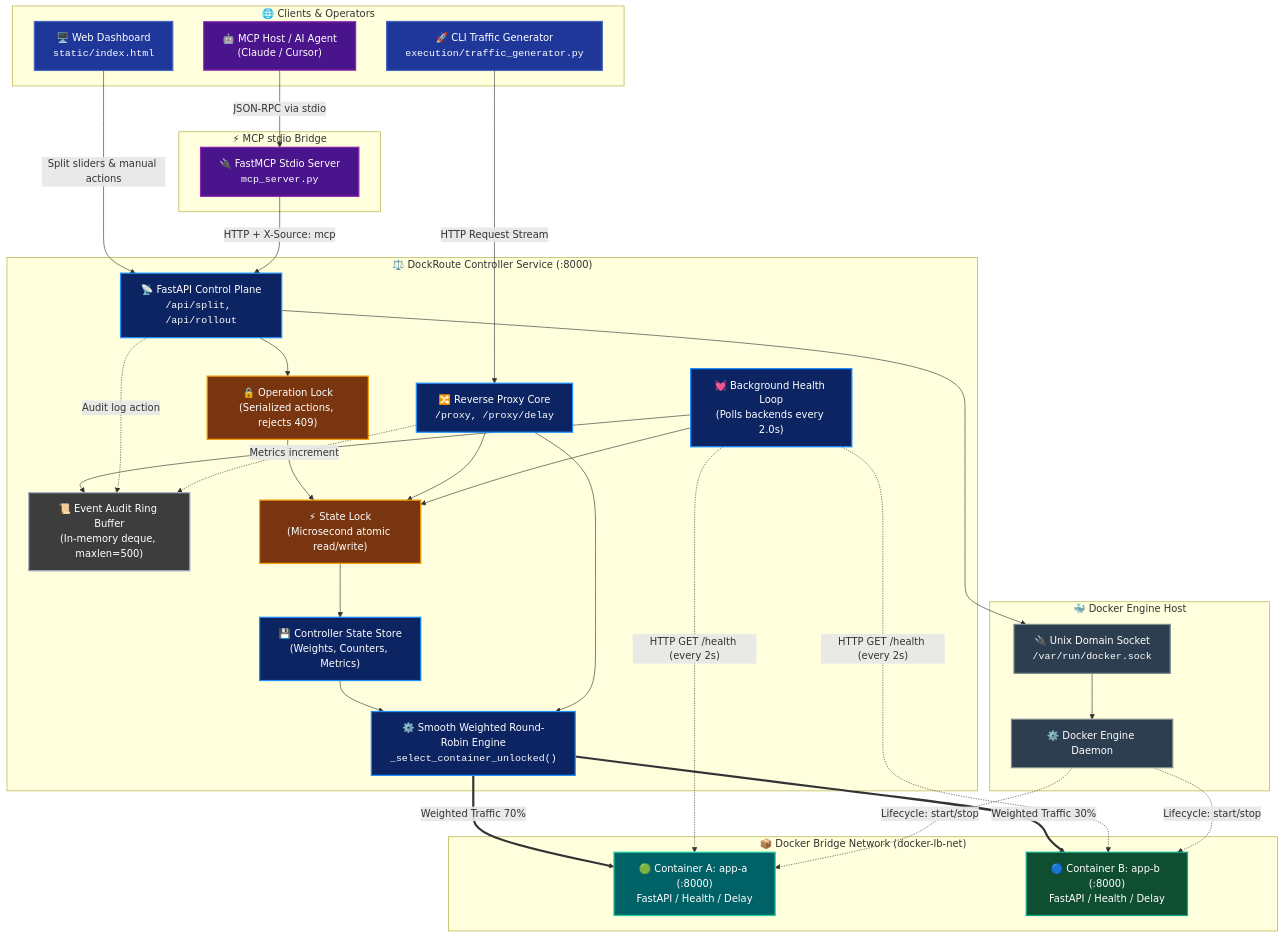
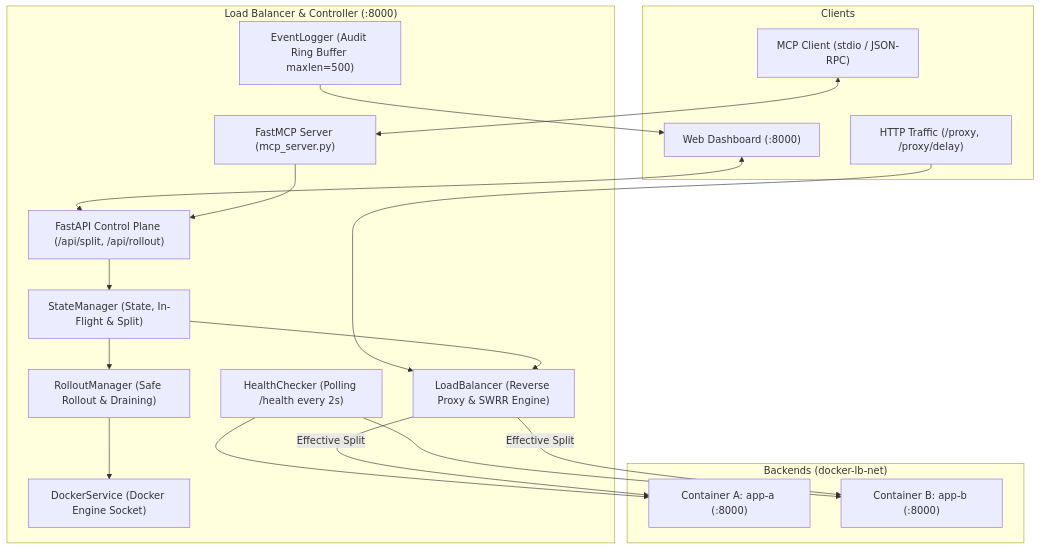
Before and after one commit to ViditMahajan/Docker-Load-Balancer-with-MCP-Controls: the first of 3 diagrams in README.md, drawn with Mermaid. The commit also changed 1 other file, not shown here.

Commit message:
docs: streamline architecture flowchart to clean 3-subgraph layout matching reference format

````diff
--- a/README.md
+++ b/README.md
@@ -50,72 +50,38 @@
 ```mermaid
 flowchart TD
-    %% COLOR & STYLE DEFINITIONS
-    classDef clientStyle fill:#1e3799,stroke:#4a69bd,stroke-width:2px,color:#ffffff;
-    classDef mcpStyle fill:#4a148c,stroke:#8e24aa,stroke-width:2px,color:#ffffff;
-    classDef ctrlStyle fill:#0c2461,stroke:#1e90ff,stroke-width:2px,color:#ffffff;
-    classDef lockStyle fill:#78350f,stroke:#f59e0b,stroke-width:2px,color:#ffffff;
-    classDef appAStyle fill:#006266,stroke:#1dd1a1,stroke-width:2px,color:#ffffff;
-    classDef appBStyle fill:#104e32,stroke:#10ac84,stroke-width:2px,color:#ffffff;
-    classDef daemonStyle fill:#2c3e50,stroke:#7f8c8d,stroke-width:2px,color:#ffffff;
-    classDef logStyle fill:#3d3d3d,stroke:#a4b0be,stroke-width:2px,color:#ffffff;
-
-    subgraph Clients[" 🌐 Clients & Operators "]
-        TG["🚀 CLI Traffic Generator<br/><code>execution/traffic_generator.py</code>"]:::clientStyle
-        UI["🖥️ Web Dashboard<br/><code>static/index.html</code>"]:::clientStyle
-        MCPAgent["🤖 MCP Host / AI Agent<br/>(Claude / Cursor)"]:::mcpStyle
+    subgraph Clients["Clients"]
+        HTTP["HTTP Traffic (/proxy, /proxy/delay)"]
+        UI["Web Dashboard (:8000)"]
+        MCP["MCP Client (stdio / JSON-RPC)"]
     end
 
-    subgraph MCPBridge[" ⚡ MCP stdio Bridge "]
-        MCPServer["🔌 FastMCP Stdio Server<br/><code>mcp_server.py</code>"]:::mcpStyle
+    subgraph Controller["Load Balancer & Controller (:8000)"]
+        API["FastAPI Control Plane (/api/split, /api/rollout)"]
+        MCP_SERVER["FastMCP Server (mcp_server.py)"]
+        SM["StateManager (State, In-Flight & Split)"]
+        LB["LoadBalancer (Reverse Proxy & SWRR Engine)"]
+        HC["HealthChecker (Polling /health every 2s)"]
+        RM["RolloutManager (Safe Rollout & Draining)"]
+        EL["EventLogger (Audit Ring Buffer maxlen=500)"]
+        DS["DockerService (Docker Engine Socket)"]
     end
 
-    subgraph ControllerCore[" ⚖️ DockRoute Controller Service (:8000) "]
-        API["📡 FastAPI Control Plane<br/><code>/api/split, /api/rollout</code>"]:::ctrlStyle
-        Proxy["🔀 Reverse Proxy Core<br/><code>/proxy, /proxy/delay</code>"]:::ctrlStyle
-        SWRR["⚙️ Smooth Weighted Round-Robin Engine<br/><code>_select_container_unlocked()</code>"]:::ctrlStyle
-        HM["💓 Background Health Loop<br/>(Polls backends every 2.0s)"]:::ctrlStyle
-        EL["📜 Event Audit Ring Buffer<br/>(In-memory deque, maxlen=500)"]:::logStyle
-        State["💾 Controller State Store<br/>(Weights, Counters, Metrics)"]:::ctrlStyle
-        LockOp["🔒 Operation Lock<br/>(Serialized actions, rejects 409)"]:::lockStyle
-        LockState["⚡ State Lock<br/>(Microsecond atomic read/write)"]:::lockStyle
+    subgraph Containers["Backends (docker-lb-net)"]
+        A["Container A: app-a (:8000)"]
+        B["Container B: app-b (:8000)"]
     end
 
-    subgraph HostSystem[" 🐳 Docker Engine Host "]
-        DockerSock["🔌 Unix Domain Socket<br/><code>/var/run/docker.sock</code>"]:::daemonStyle
-        DockerEngine["⚙️ Docker Engine Daemon"]:::daemonStyle
-    end
-
-    subgraph Backends[" 📦 Docker Bridge Network (docker-lb-net) "]
-        AppA["🟢 Container A: app-a (:8000)<br/>FastAPI / Health / Delay"]:::appAStyle
-        AppB["🔵 Container B: app-b (:8000)<br/>FastAPI / Health / Delay"]:::appBStyle
-    end
-
-    %% INTERCONNECTIONS & TRAFFIC
-    TG -->|HTTP Request Stream| Proxy
-    UI -->|Split sliders & manual actions| API
-    MCPAgent -->|JSON-RPC via stdio| MCPServer
-    MCPServer -->|HTTP + X-Source: mcp| API
-
-    API --> LockOp
-    LockOp --> LockState
-    Proxy --> LockState
-    LockState --> State
-    State --> SWRR
-    Proxy --> SWRR
-
-    SWRR ==>|Weighted Traffic 70%| AppA
-    SWRR ==>|Weighted Traffic 30%| AppB
-
-    HM -.->|"HTTP GET /health (every 2s)"| AppA
-    HM -.->|"HTTP GET /health (every 2s)"| AppB
-    HM --> LockState
-    HM --> EL
-
-    API --> DockerSock
-    DockerSock --> DockerEngine
-    DockerEngine -.->|Lifecycle: start/stop| AppA
-    DockerEngine -.->|Lifecycle: start/stop| AppB
-
-    API -.->|Audit log action| EL
-    Proxy -.->|Metrics increment| EL
+    HTTP --> LB
+    UI <--> API
+    MCP <--> MCP_SERVER
+    API --> SM
+    MCP_SERVER --> API
+    SM --> LB
+    SM --> RM
+    RM --> DS
+    HC --> A
+    HC --> B
+    LB -->|Effective Split| A
+    LB -->|Effective Split| B
+    EL --> UI
 ```
````
